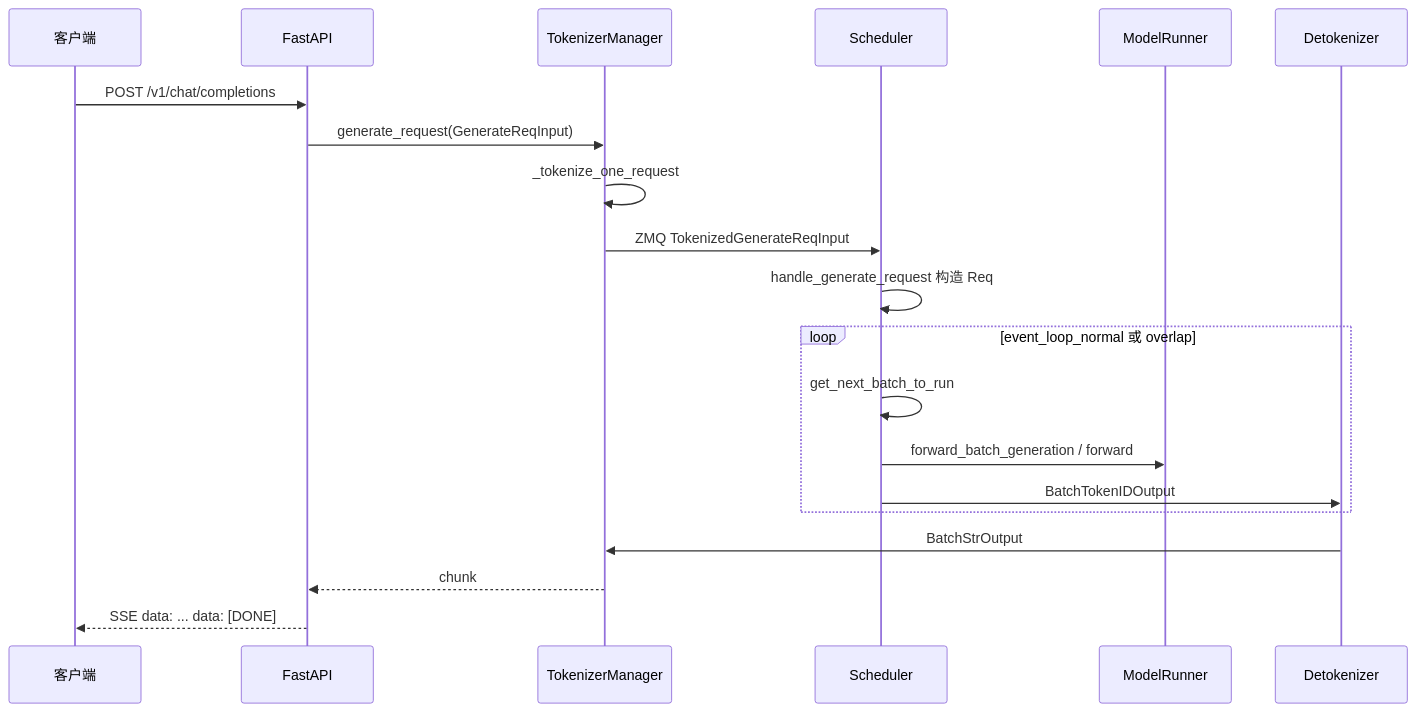
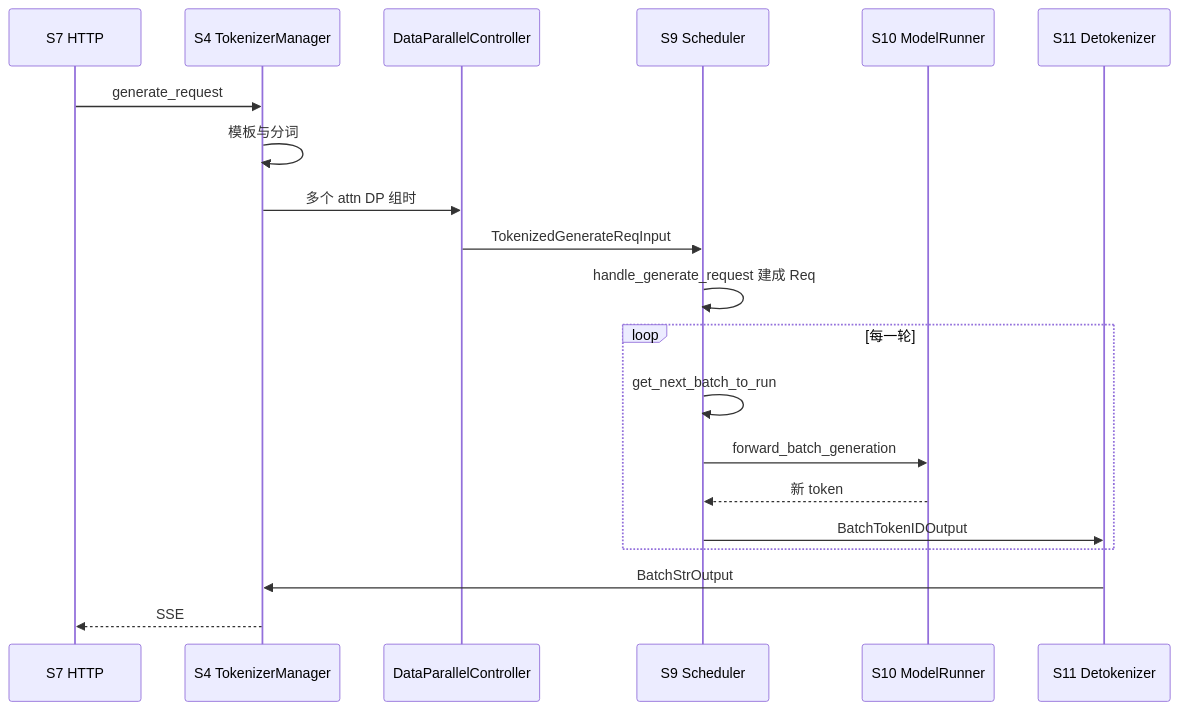
The third of 4 diagrams in docs/my_docs/02-启动到HTTP请求完整流程.md (wangtong198/sglang), drawn with Mermaid before and after one commit. The commit also changed other lines of this file and 13 other files, not shown here.

First line of the commit message:
Deepen the Chinese SGLang learning series around the runtime flow.

````diff
--- a/docs/my_docs/02-启动到HTTP请求完整流程.md
+++ b/docs/my_docs/02-启动到HTTP请求完整流程.md
@@ -235,22 +149,22 @@
 ```mermaid
 sequenceDiagram
-  participant C as 客户端
-  participant H as FastAPI
-  participant TM as TokenizerManager
-  participant S as Scheduler
-  participant R as ModelRunner
-  participant D as Detokenizer
-  C->>H: POST /v1/chat/completions
-  H->>TM: generate_request(GenerateReqInput)
-  TM->>TM: _tokenize_one_request
-  TM->>S: ZMQ TokenizedGenerateReqInput
-  S->>S: handle_generate_request 构造 Req
-  loop event_loop_normal 或 overlap
+  participant H as S7 HTTP
+  participant T as S4 TokenizerManager
+  participant C as DataParallelController
+  participant S as S9 Scheduler
+  participant R as S10 ModelRunner
+  participant D as S11 Detokenizer
+  H->>T: generate_request
+  T->>T: 模板与分词
+  T->>C: 多个 attn DP 组时
+  C->>S: TokenizedGenerateReqInput
+  S->>S: handle_generate_request 建成 Req
+  loop 每一轮
     S->>S: get_next_batch_to_run
-    S->>R: forward_batch_generation / forward
+    S->>R: forward_batch_generation
+    R-->>S: 新 token
     S->>D: BatchTokenIDOutput
   end
-  D->>TM: BatchStrOutput
-  TM-->>H: chunk
-  H-->>C: SSE data: ... data: [DONE]
+  D->>T: BatchStrOutput
+  T-->>H: SSE
 ```
````
